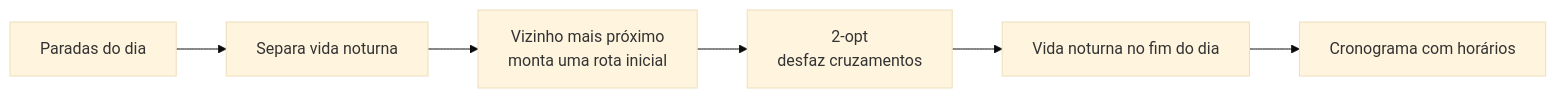
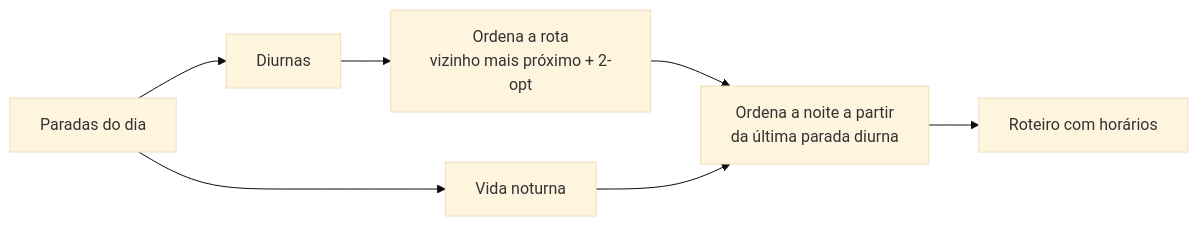
Before and after one commit to L-A-N-E/App-Mobile-Rover: the diagram in README.md, drawn with Mermaid (base theme). The commit also changed other lines of this file, not shown here.

````diff
--- a/README.md
+++ b/README.md
@@ -191,8 +191,9 @@
 ```mermaid
 flowchart LR
-    A[Paradas do dia] --> B[Separa vida noturna]
-    B --> C[Vizinho mais próximo<br/>monta uma rota inicial]
-    C --> D[2-opt<br/>desfaz cruzamentos]
-    D --> E[Vida noturna no fim do dia]
-    E --> F[Cronograma com horários]
+    A[Paradas do dia] --> B[Diurnas]
+    A --> C[Vida noturna]
+    B --> D[Ordena a rota<br/>vizinho mais próximo + 2-opt]
+    D --> E[Ordena a noite a partir<br/>da última parada diurna]
+    C --> E
+    E --> F[Roteiro com horários]
 ```
````
